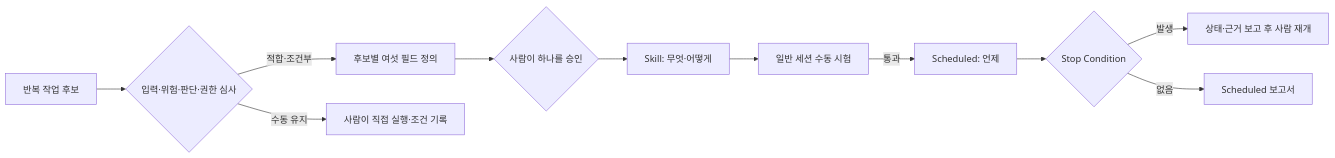
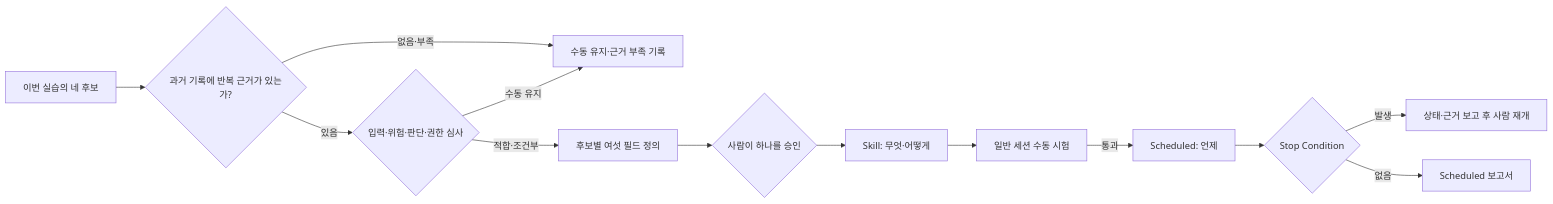
The diagram in labs/lecture19/README.md (RainaKim/order-ops), drawn with Mermaid before and after one commit. The commit also changed other lines of this file, not shown here.

````diff
--- a/labs/lecture19/README.md
+++ b/labs/lecture19/README.md
@@ -42,13 +42,14 @@
 ```mermaid
 flowchart LR
-  A[반복 작업 후보] --> B{입력·위험·판단·권한 심사}
-  B -- 적합·조건부 --> C[후보별 여섯 필드 정의]
-  B -- 수동 유지 --> K[사람이 직접 실행·조건 기록]
-  C --> I{사람이 하나를 승인}
-  I --> J[Skill: 무엇·어떻게]
-  J --> D[일반 세션 수동 시험]
+  A[이번 실습의 네 후보] --> B{과거 기록에 반복 근거가 있는가?}
+  B -- 없음·부족 --> K[수동 유지·근거 부족 기록]
+  B -- 있음 --> C{입력·위험·판단·권한 심사}
+  C -- 적합·조건부 --> I[후보별 여섯 필드 정의]
+  C -- 수동 유지 --> K
+  I --> J{사람이 하나를 승인} --> L[Skill: 무엇·어떻게]
+  L --> D[일반 세션 수동 시험]
   D -- 통과 --> E[Scheduled: 언제]
   E --> F{Stop Condition}
   F -- 발생 --> G[상태·근거 보고 후 사람 재개]
   F -- 없음 --> H[Scheduled 보고서]
 ```
````
